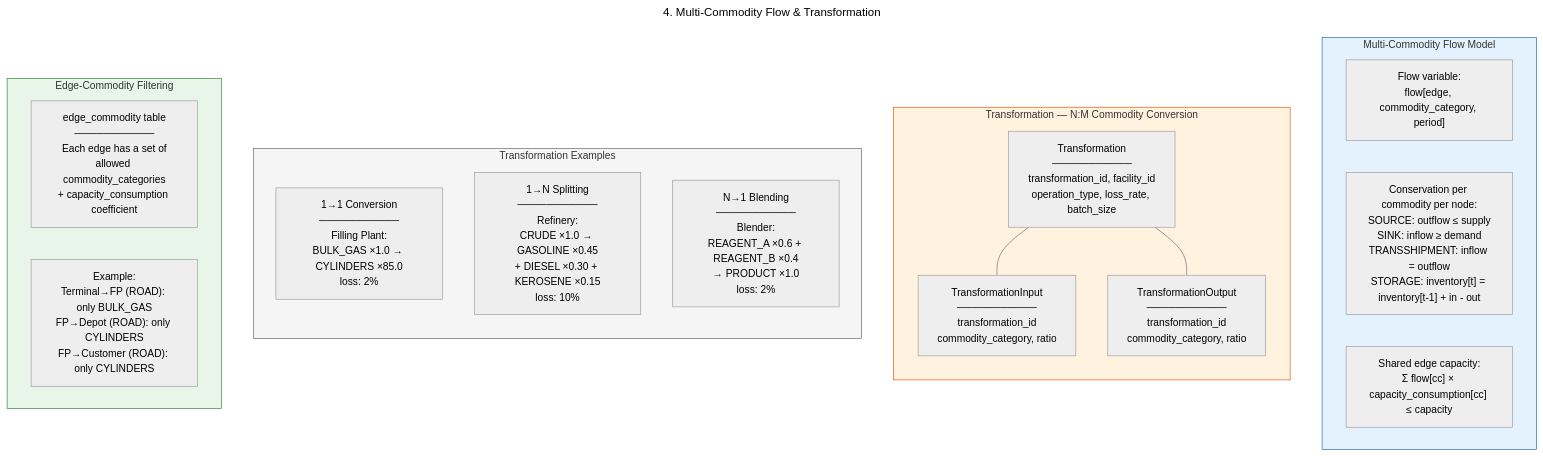
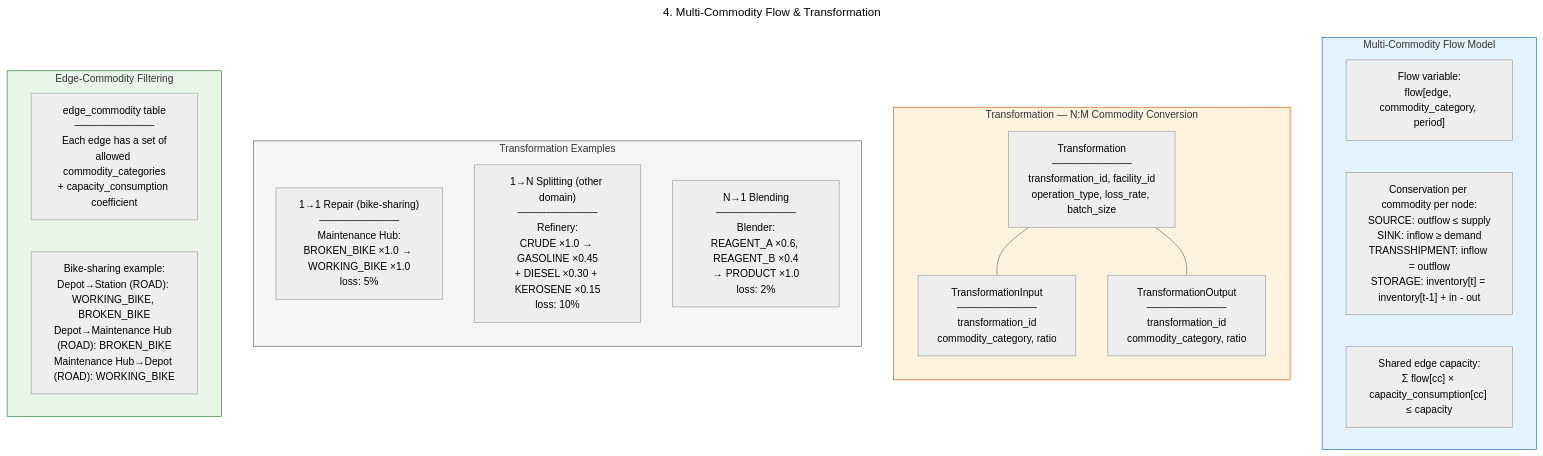
Before and after one commit to vlzm/GFDRR: the diagram in docs/diagrams/04_multi_commodity_flow.mermaid, drawn with Mermaid (neutral theme). The commit also changed 8 other files, not shown here.

First line of the commit message:
feat(docs): update architecture and data model documentation for bike-sharing

```diff
--- a/docs/diagrams/04_multi_commodity_flow.mermaid
+++ b/docs/diagrams/04_multi_commodity_flow.mermaid
@@ -1,42 +1,42 @@
 ---
 title: "4. Multi-Commodity Flow & Transformation"
 ---
 
 flowchart TB
     subgraph FlowModel["Multi-Commodity Flow Model"]
         direction LR
         FlowVar["Flow variable:<br/>flow[edge, commodity_category, period]"]
         Conservation["Conservation per commodity per node:<br/>SOURCE: outflow ≤ supply<br/>SINK: inflow ≥ demand<br/>TRANSSHIPMENT: inflow = outflow<br/>STORAGE: inventory[t] = inventory[t-1] + in - out"]
         SharedCap["Shared edge capacity:<br/>Σ flow[cc] × capacity_consumption[cc] ≤ capacity"]
     end
 
     subgraph TransformationModel["Transformation — N:M Commodity Conversion"]
         direction TB
         T_def["Transformation<br/>───────────<br/>transformation_id, facility_id<br/>operation_type, loss_rate, batch_size"]
         T_in["TransformationInput<br/>───────────<br/>transformation_id<br/>commodity_category, ratio"]
         T_out["TransformationOutput<br/>───────────<br/>transformation_id<br/>commodity_category, ratio"]
         T_def --- T_in
         T_def --- T_out
     end
 
     subgraph Examples["Transformation Examples"]
         direction TB
-        Ex1["1→1 Conversion<br/>───────────<br/>Filling Plant:<br/>BULK_GAS ×1.0 → CYLINDERS ×85.0<br/>loss: 2%"]
-        Ex2["1→N Splitting<br/>───────────<br/>Refinery:<br/>CRUDE ×1.0 → GASOLINE ×0.45<br/>+ DIESEL ×0.30 + KEROSENE ×0.15<br/>loss: 10%"]
-        Ex3["N→1 Blending<br/>───────────<br/>Blender:<br/>REAGENT_A ×0.6 + REAGENT_B ×0.4<br/>→ PRODUCT ×1.0<br/>loss: 2%"]
+        Ex1["1→1 Repair (bike-sharing)<br/>───────────<br/>Maintenance Hub:<br/>BROKEN_BIKE ×1.0 → WORKING_BIKE ×1.0<br/>loss: 5%"]
+        Ex2["1→N Splitting (other domain)<br/>───────────<br/>Refinery:<br/>CRUDE ×1.0 → GASOLINE ×0.45<br/>+ DIESEL ×0.30 + KEROSENE ×0.15<br/>loss: 10%"]
+        Ex3["N→1 Blending<br/>───────────<br/>Blender:<br/>REAGENT_A ×0.6, REAGENT_B ×0.4<br/>→ PRODUCT ×1.0<br/>loss: 2%"]
     end
 
     subgraph EdgeCommodity["Edge-Commodity Filtering"]
         EC["edge_commodity table<br/>───────────<br/>Each edge has a set of<br/>allowed commodity_categories<br/>+ capacity_consumption coefficient"]
-        EC_ex["Example:<br/>Terminal→FP (ROAD): only BULK_GAS<br/>FP→Depot (ROAD): only CYLINDERS<br/>FP→Customer (ROAD): only CYLINDERS"]
+        EC_ex["Bike-sharing example:<br/>Depot→Station (ROAD): WORKING_BIKE, BROKEN_BIKE<br/>Depot→Maintenance Hub (ROAD): BROKEN_BIKE<br/>Maintenance Hub→Depot (ROAD): WORKING_BIKE"]
     end
 
     classDef flow fill:#e3f2fd,stroke:#1565c0
     classDef transform fill:#fff3e0,stroke:#e65100
     classDef example fill:#f5f5f5,stroke:#616161
     classDef edgecomm fill:#e8f5e9,stroke:#2e7d32
 
     class FlowModel flow
     class TransformationModel transform
     class Examples example
     class EdgeCommodity edgecomm
```
